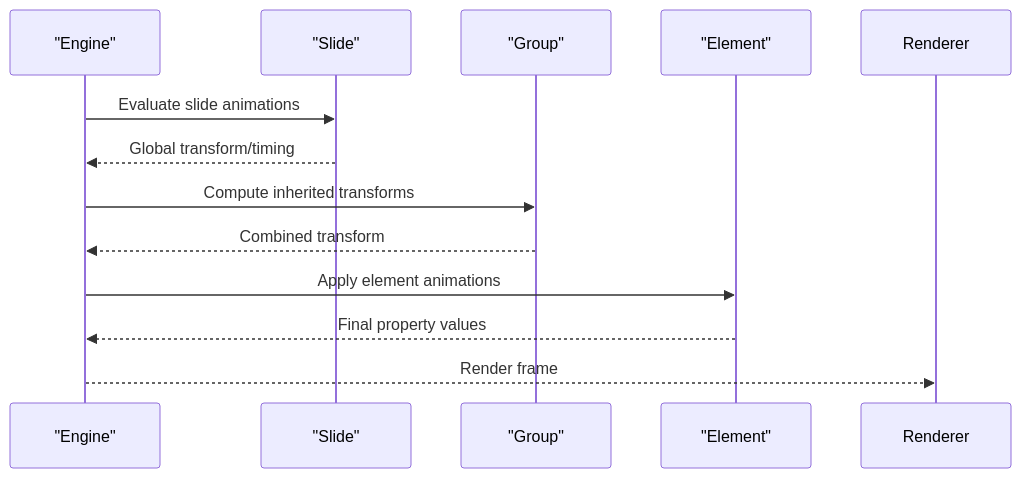
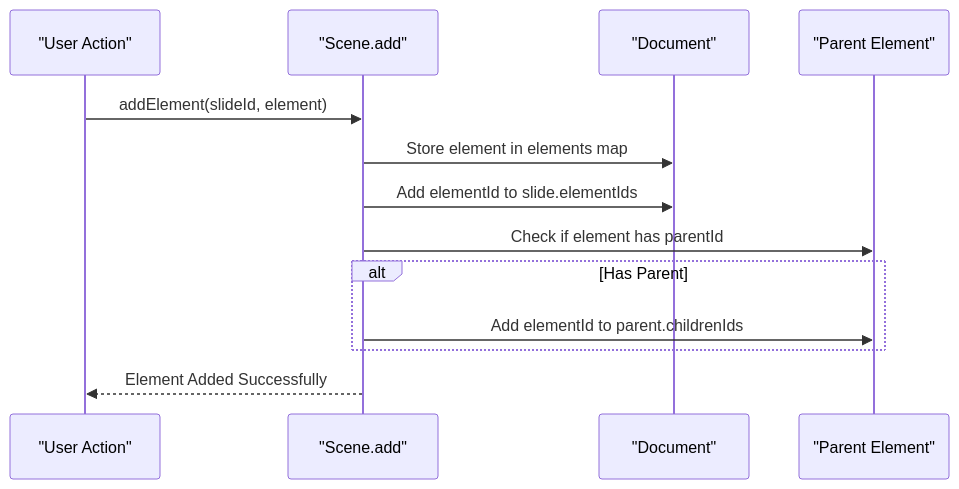
Before and after one commit to Anna0314zy/ai_editor_enginer: the sixth of 9 diagrams in .qoder/repowiki/en/content/Core Engine System/Scene Graph Architecture.md, drawn with Mermaid. The commit also changed other lines of this file and 41 other files, not shown here.

````diff
--- a/.qoder/repowiki/en/content/Core Engine System/Scene Graph Architecture.md
+++ b/.qoder/repowiki/en/content/Core Engine System/Scene Graph Architecture.md
@@ -229,14 +332,15 @@
 ```mermaid
 sequenceDiagram
-participant Engine as "Engine"
-participant Slide as "Slide"
-participant Group as "Group"
-participant Elem as "Element"
-Engine->>Slide : Evaluate slide animations
-Slide-->>Engine : Global transform/timing
-Engine->>Group : Compute inherited transforms
-Group-->>Engine : Combined transform
-Engine->>Elem : Apply element animations
-Elem-->>Engine : Final property values
-Engine-->>Renderer : Render frame
+participant User as "User Action"
+participant Scene as "Scene.add"
+participant Doc as "Document"
+participant Parent as "Parent Element"
+User->>Scene : addElement(slideId, element)
+Scene->>Doc : Store element in elements map
+Scene->>Doc : Add elementId to slide.elementIds
+Scene->>Parent : Check if element has parentId
+alt Has Parent
+Scene->>Parent : Add elementId to parent.childrenIds
+end
+Scene-->>User : Element Added Successfully
 ```
````
